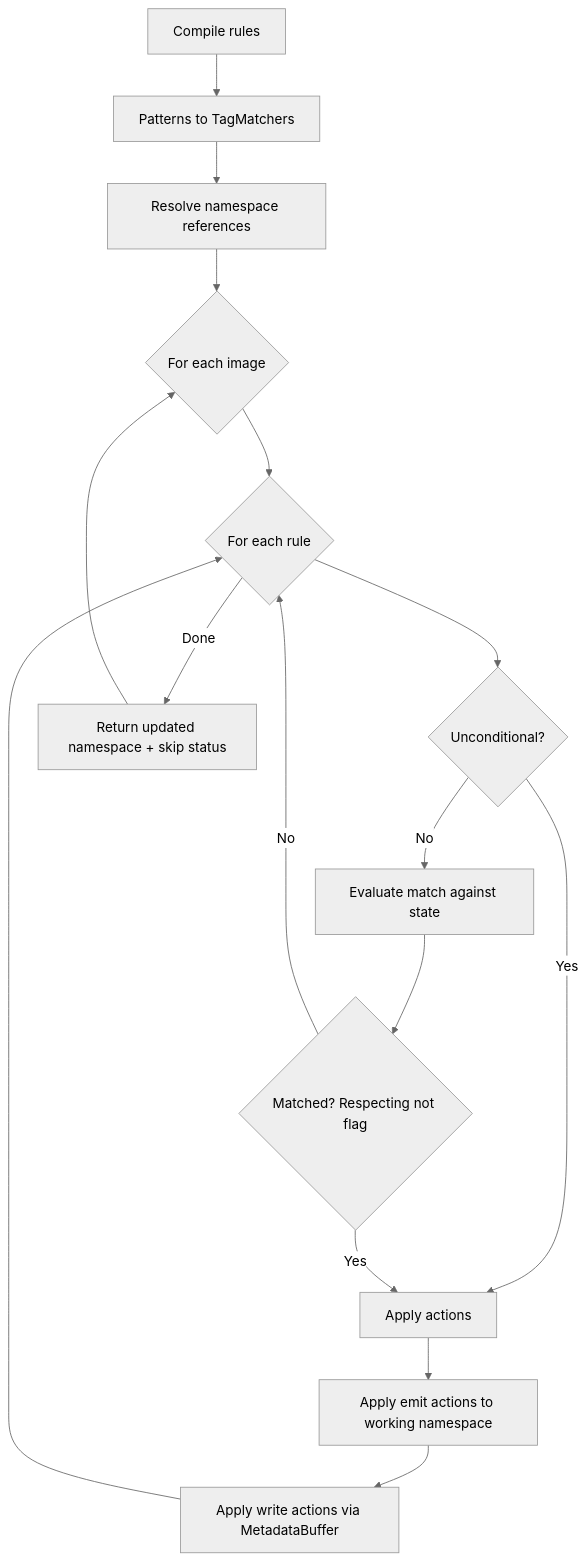
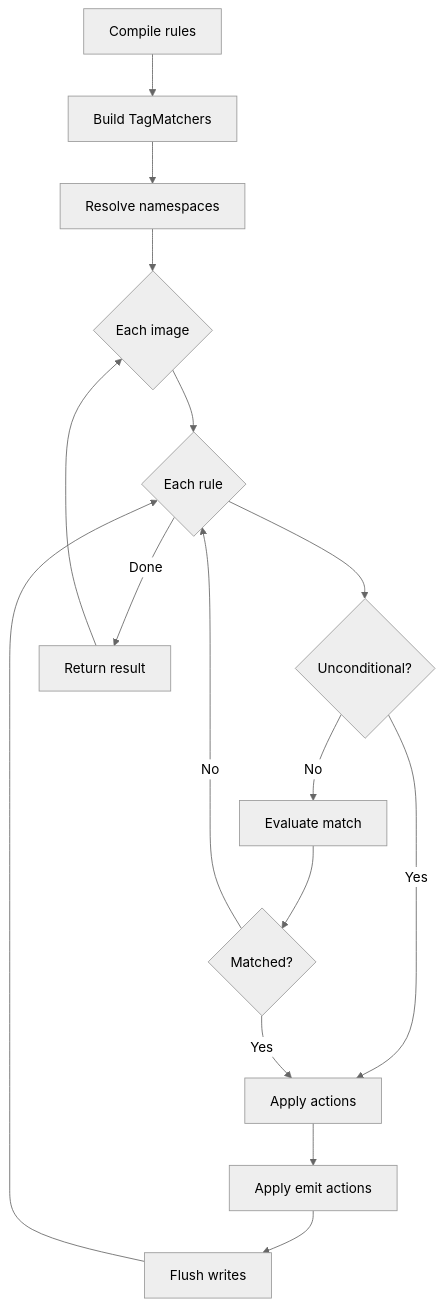
The second of 2 diagrams in docs/architecture/rules-and-state.md (josephquigley/piqley-cli), drawn with Mermaid (neutral theme) before and after one commit. The commit also changed other lines of this file and 4 other files, not shown here.

First line of the commit message:
fix: shorten mermaid diagram labels to prevent clipping

````diff
--- a/docs/architecture/rules-and-state.md
+++ b/docs/architecture/rules-and-state.md
@@ -103,18 +103,18 @@
 ```mermaid
 flowchart TD
-    A[Compile rules] --> B[Patterns to TagMatchers]
-    B --> C[Resolve namespace references]
-    C --> D{For each image}
-    D --> E{For each rule}
+    A[Compile rules] --> B[Build TagMatchers]
+    B --> C[Resolve namespaces]
+    C --> D{Each image}
+    D --> E{Each rule}
     E --> F{Unconditional?}
     F -->|Yes| G[Apply actions]
-    F -->|No| H[Evaluate match against state]
-    H --> I{Matched? Respecting not flag}
+    F -->|No| H[Evaluate match]
+    H --> I{Matched?}
     I -->|Yes| G
     I -->|No| E
-    G --> J[Apply emit actions to working namespace]
-    J --> K[Apply write actions via MetadataBuffer]
+    G --> J[Apply emit actions]
+    J --> K[Flush writes]
     K --> E
-    E -->|Done| L[Return updated namespace + skip status]
+    E -->|Done| L[Return result]
     L --> D
 ```
````
